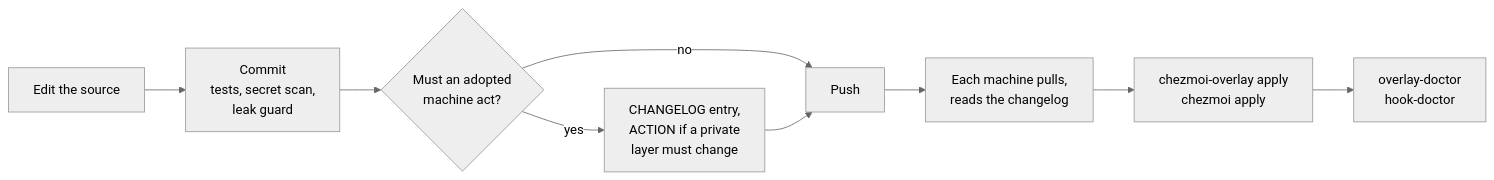
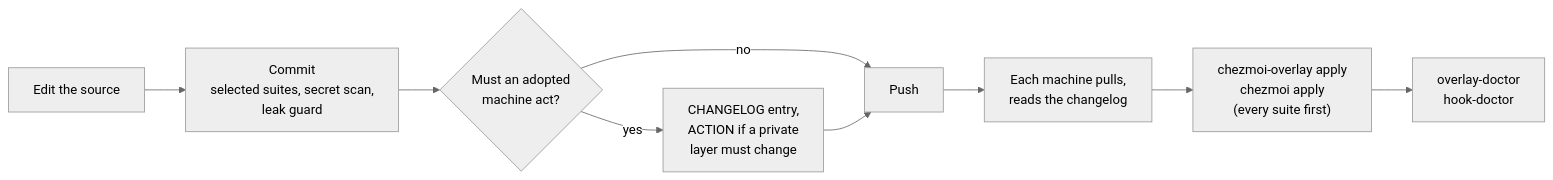
Before and after one commit to jeremyhofer/dotfiles: the diagram in docs/reference/architecture.md, drawn with Mermaid (neutral theme). The commit also changed other lines of this file and 16 other files, not shown here.

First line of the commit message:
tests: scope the commit gate to the staged paths; run every suite before apply

````diff
--- a/docs/reference/architecture.md
+++ b/docs/reference/architecture.md
@@ -184,11 +187,11 @@
 ```mermaid
 flowchart LR
-  edit["Edit the source"] --> commit["Commit<br/>tests, secret scan,<br/>leak guard"]
+  edit["Edit the source"] --> commit["Commit<br/>selected suites, secret scan,<br/>leak guard"]
   commit --> log{"Must an adopted<br/>machine act?"}
   log -- yes --> entry["CHANGELOG entry,<br/>ACTION if a private<br/>layer must change"]
   log -- no --> push
   entry --> push["Push"]
   push --> pull["Each machine pulls,<br/>reads the changelog"]
-  pull --> apply["chezmoi-overlay apply<br/>chezmoi apply"]
+  pull --> apply["chezmoi-overlay apply<br/>chezmoi apply<br/>(every suite first)"]
   apply --> doctor["overlay-doctor<br/>hook-doctor"]
 ```
````
